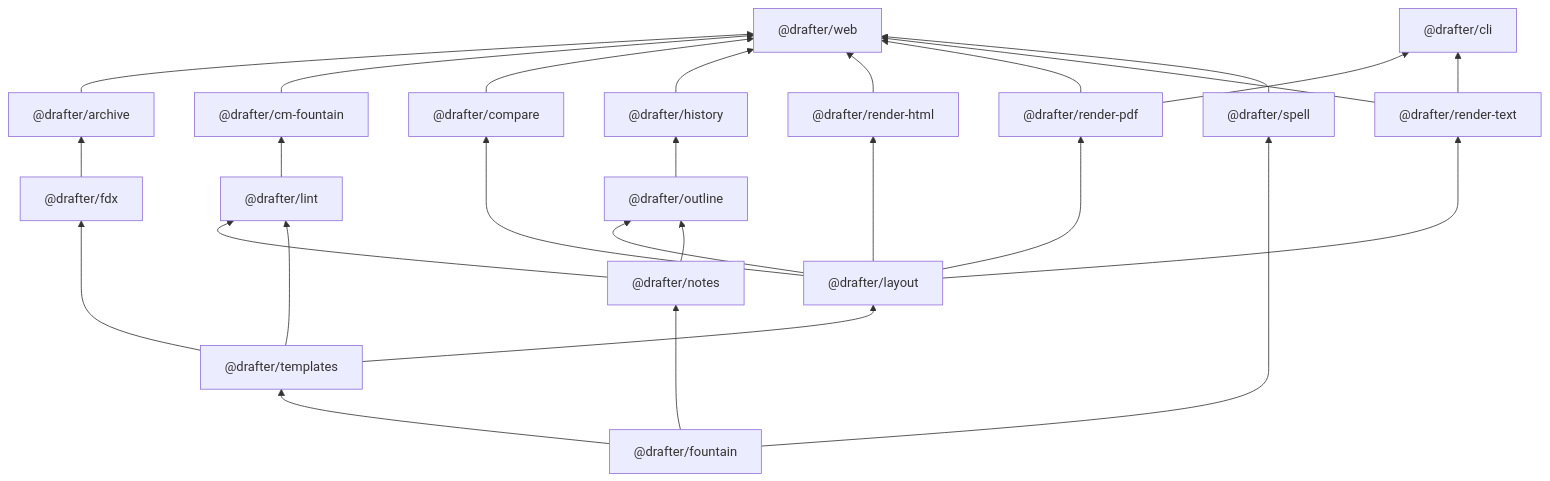
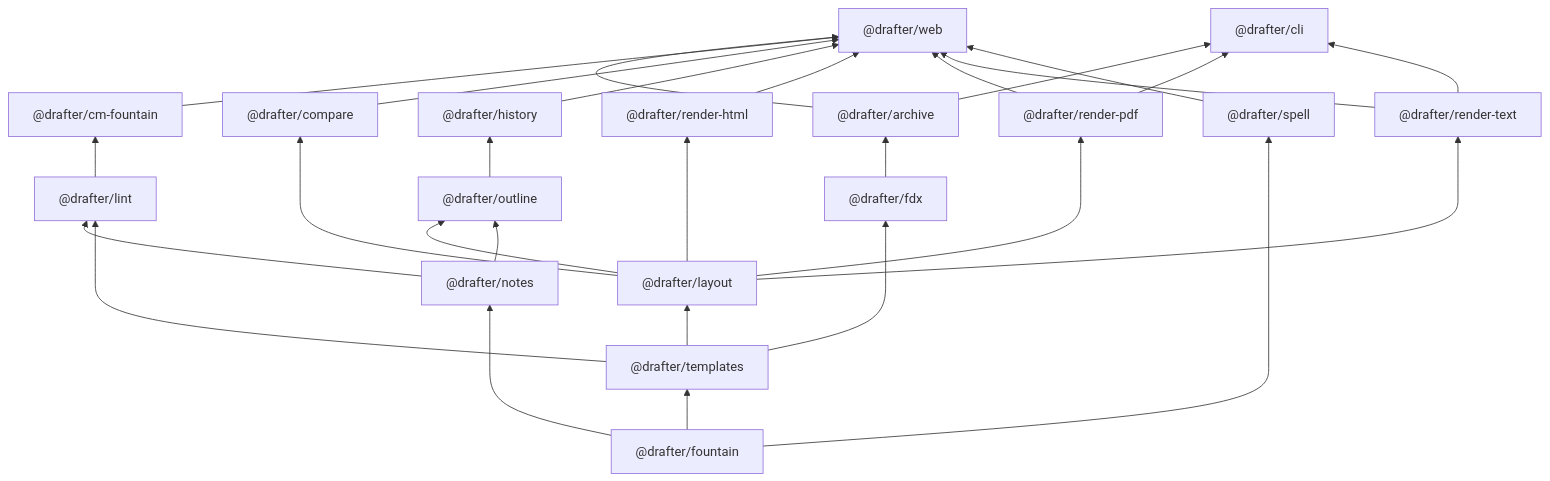
One commit to cschweda/drafter changed the first of 5 diagrams in docs/technical-details.md. Above: the diagram before and after it, drawn with Mermaid. The commit also changed 18 other files, not shown here.

````diff
--- a/docs/technical-details.md
+++ b/docs/technical-details.md
@@ -36,46 +36,47 @@
 ```mermaid
 flowchart BT
   web["@drafter/web"]
   cli["@drafter/cli"]
   cm_fountain["@drafter/cm-fountain"]
   outline["@drafter/outline"]
   compare["@drafter/compare"]
   history["@drafter/history"]
   render_pdf["@drafter/render-pdf"]
   render_html["@drafter/render-html"]
   render_text["@drafter/render-text"]
   layout["@drafter/layout"]
   lint["@drafter/lint"]
   fdx["@drafter/fdx"]
   archive["@drafter/archive"]
   templates["@drafter/templates"]
   notes["@drafter/notes"]
   spell["@drafter/spell"]
   fountain["@drafter/fountain"]
   archive --> web
   cm_fountain --> web
   compare --> web
   history --> web
   render_html --> web
   render_pdf --> web
   render_text --> web
   spell --> web
+  archive --> cli
   render_pdf --> cli
   render_text --> cli
   lint --> cm_fountain
   layout --> outline
   notes --> outline
   layout --> compare
   outline --> history
   layout --> render_pdf
   layout --> render_html
   layout --> render_text
   templates --> layout
   notes --> lint
   templates --> lint
   templates --> fdx
   fdx --> archive
   fountain --> templates
   fountain --> notes
   fountain --> spell
 ```
````
